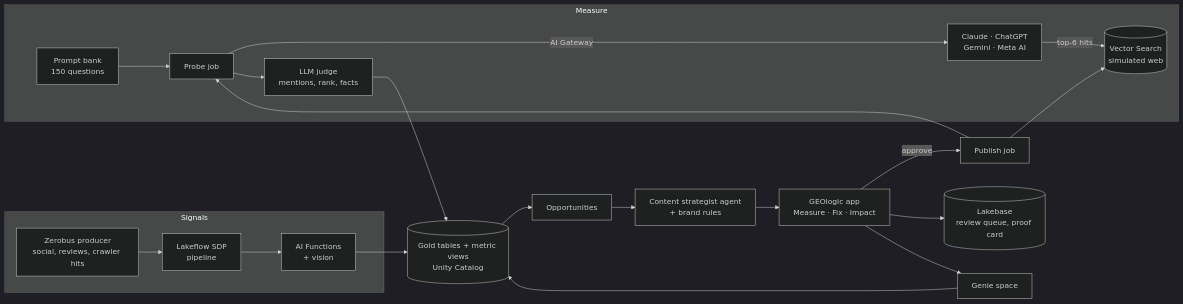
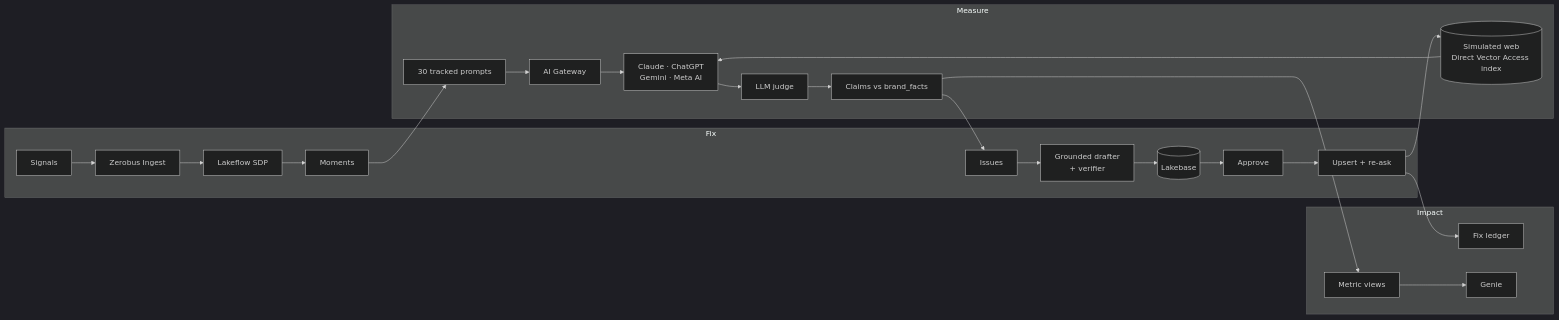
Before and after one commit to jonathan-whiteley/geologic: the diagram in README.md, drawn with Mermaid (dark theme). The commit also changed other lines of this file and 32 other files, not shown here.

Commit message:
chore: v3 cuts, Architecture page with production extensions, redirects, README for the v3 stack

````diff
--- a/README.md
+++ b/README.md
@@ -44,24 +44,27 @@
 ```mermaid
 flowchart LR
     subgraph Measure
-      P[Prompt bank<br/>150 questions] --> PR[Probe job]
-      PR -- AI Gateway --> E[Claude · ChatGPT<br/>Gemini · Meta AI]
-      E -- top-6 hits --> VS[(Vector Search<br/>simulated web)]
-      PR --> J[LLM judge<br/>mentions, rank, facts]
+      P[30 tracked prompts] --> GW[AI Gateway]
+      GW --> E[Claude · ChatGPT<br/>Gemini · Meta AI]
+      W[(Simulated web<br/>Direct Vector Access index)] --> E
+      E --> J[LLM judge]
+      J --> C[Claims vs brand_facts]
     end
-    subgraph Signals
-      Z[Zerobus producer<br/>social, reviews, crawler hits] --> SDP[Lakeflow SDP<br/>pipeline]
-      SDP --> AIF[AI Functions<br/>+ vision]
+    subgraph Fix
+      S[Signals] --> Z[Zerobus Ingest]
+      Z --> SDP[Lakeflow SDP]
+      SDP --> M[Moments]
+      M --> P
+      C --> I[Issues]
+      I --> D[Grounded drafter<br/>+ verifier]
+      D --> LB[(Lakebase)]
+      LB --> A[Approve]
+      A --> U[Upsert + re-ask]
+      U --> W
     end
-    J --> G[(Gold tables + metric views<br/>Unity Catalog)]
-    AIF --> G
-    G --> O[Opportunities]
-    O --> AG[Content strategist agent<br/>+ brand rules]
-    AG --> UI[GEOlogic app<br/>Measure · Fix · Impact]
-    UI -- approve --> PUB[Publish job]
-    PUB --> VS
-    PUB --> PR
-    UI --> LB[(Lakebase<br/>review queue, proof card)]
-    UI --> GE[Genie space]
-    GE --> G
+    subgraph Impact
+      U --> L[Fix ledger]
+      C --> MV[Metric views]
+      MV --> G[Genie]
+    end
 ```
````
